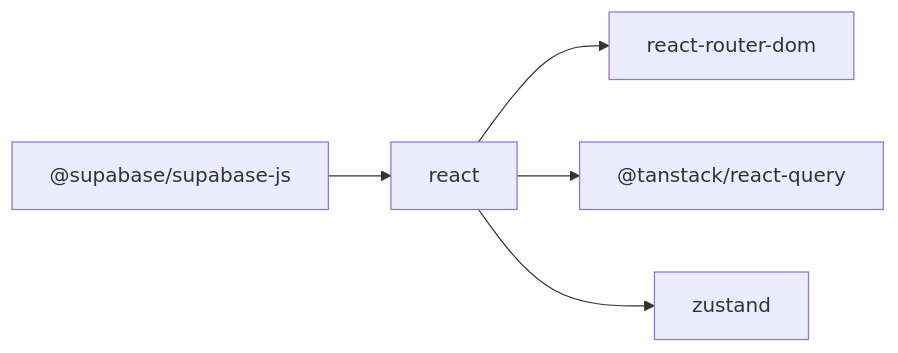
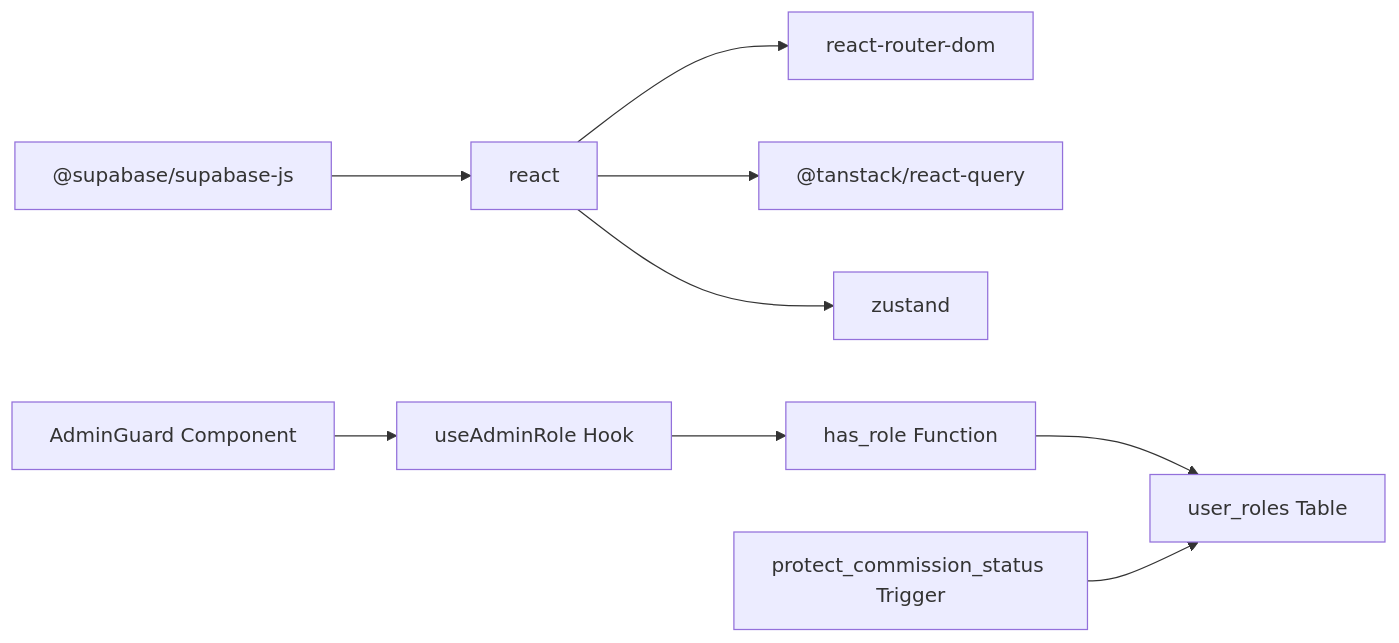
One commit to Hawky1/ryland changed the fourth of 4 diagrams in .qoder/repowiki/en/content/Security & Compliance.md. Above: the diagram before and after it, drawn with Mermaid. The commit also changed other lines of this file and 26 other files, not shown here.

Commit message:
Admin enhancements: useAdminRole retry logic, AdminLeadDetailDrawer, AdminAffiliateDetail page, sidebar updates

````diff
--- a/.qoder/repowiki/en/content/Security & Compliance.md
+++ b/.qoder/repowiki/en/content/Security & Compliance.md
@@ -291,12 +411,21 @@
 ```mermaid
 graph LR
 Supabase["@supabase/supabase-js"]
 React["react"]
 Router["react-router-dom"]
 Query["@tanstack/react-query"]
 Zustand["zustand"]
+AdminGuard["AdminGuard Component"]
+useAdminRole["useAdminRole Hook"]
+has_role["has_role Function"]
+protect_commission_status["protect_commission_status Trigger"]
+user_roles["user_roles Table"]
 Supabase --> React
 React --> Router
 React --> Query
 React --> Zustand
+AdminGuard --> useAdminRole
+useAdminRole --> has_role
+has_role --> user_roles
+protect_commission_status --> user_roles
 ```
````
